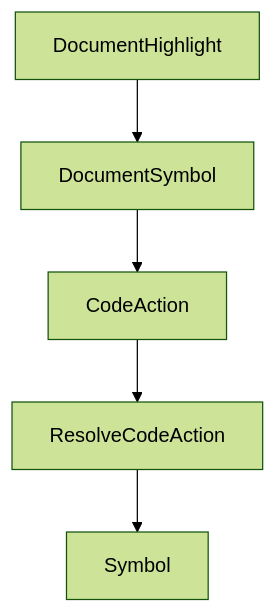
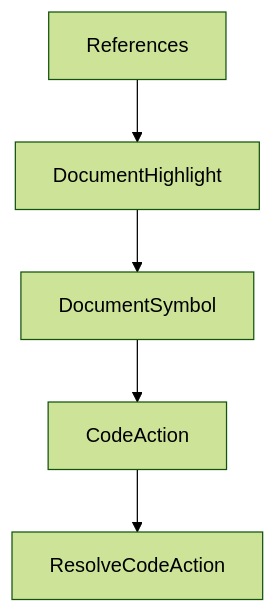
The diagram in tutorials/opencode-ai-legacy-tutorial/02-legacy-architecture-and-feature-model.md (johnxie/awesome-code-docs), drawn with Mermaid (forest theme) before and after one commit. The commit also changed other lines of this file and 1232 other files, not shown here.

````diff
--- a/tutorials/opencode-ai-legacy-tutorial/02-legacy-architecture-and-feature-model.md
+++ b/tutorials/opencode-ai-legacy-tutorial/02-legacy-architecture-and-feature-model.md
@@ -211,12 +209,12 @@
 ```mermaid
 flowchart TD
-    A[DocumentHighlight]
-    B[DocumentSymbol]
-    C[CodeAction]
-    D[ResolveCodeAction]
-    E[Symbol]
+    A[References]
+    B[DocumentHighlight]
+    C[DocumentSymbol]
+    D[CodeAction]
+    E[ResolveCodeAction]
     A --> B
     B --> C
     C --> D
     D --> E
 ```
````
